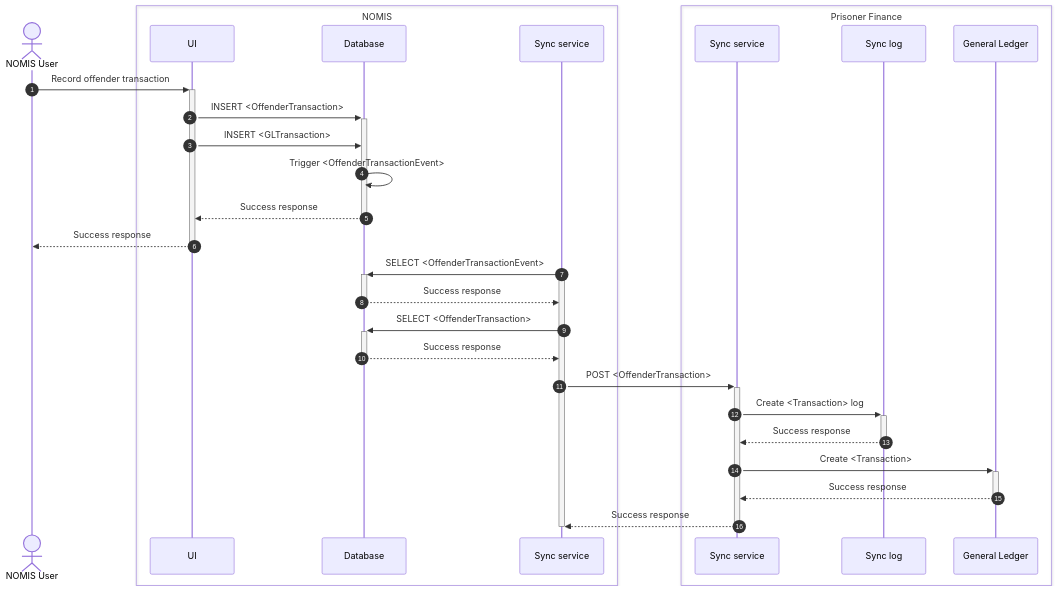
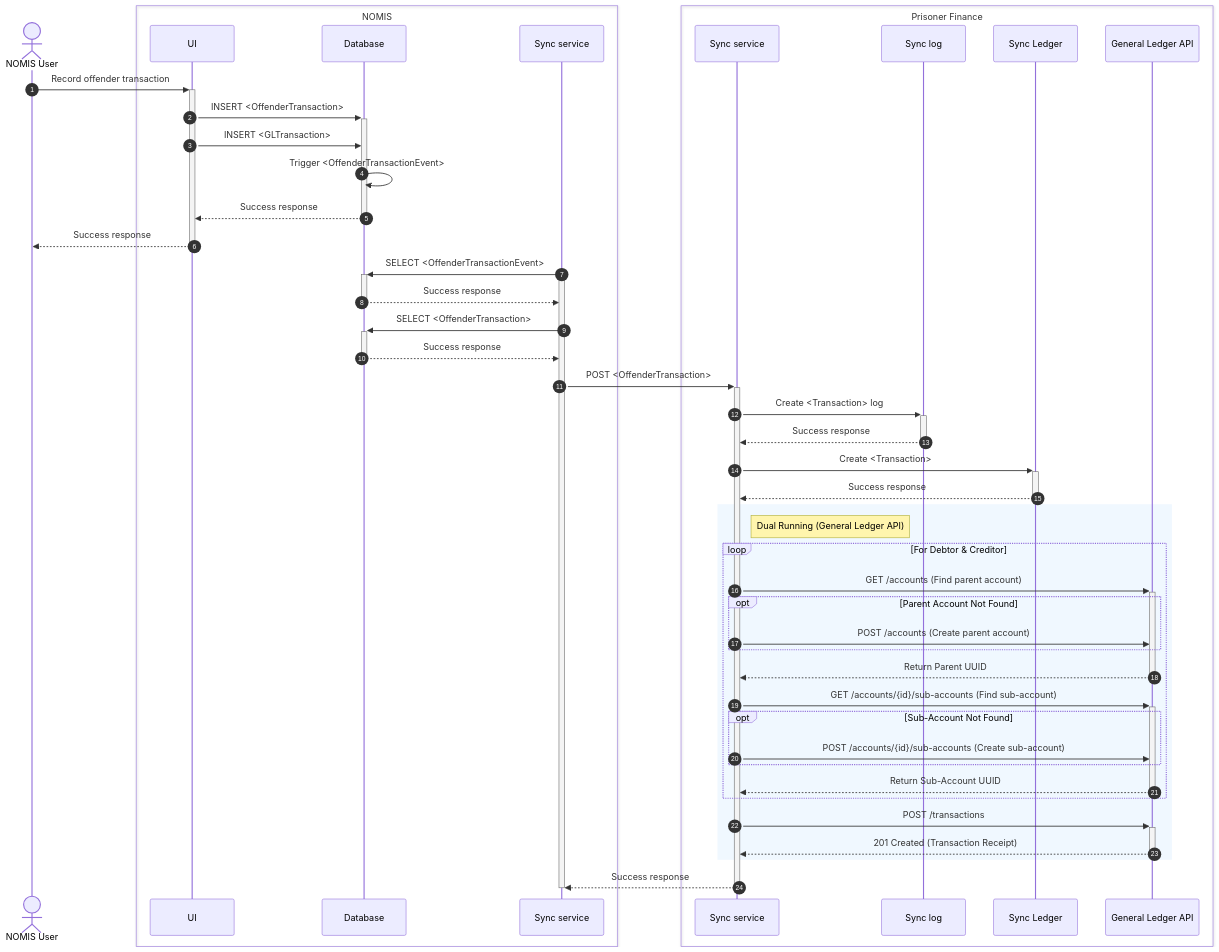
The third of 6 diagrams in docs/architecture/docs/sync-processes.md (ministryofjustice/hmpps-prisoner-finance-sync-api), drawn with Mermaid before and after one commit. The commit also changed other lines of this file and 5 other files, not shown here.

Commit message:
Support sub accounts

````diff
--- a/docs/architecture/docs/sync-processes.md
+++ b/docs/architecture/docs/sync-processes.md
@@ -94,35 +94,57 @@
 ```mermaid
 sequenceDiagram
     actor user as NOMIS User
     box NOMIS
         participant NOMIS.UI as UI
         participant NOMIS.DB as Database
         participant NOMIS.sync as Sync service
     end
     box Prisoner Finance
         participant PF.sync as Sync service
         participant PF.log as Sync log
-        participant PF.ledger as General Ledger
+        participant PF.ledger as Sync Ledger
+        participant PF.newGL as General Ledger API
     end
 
     autonumber
 
     user ->>+ NOMIS.UI: Record offender transaction
     NOMIS.UI ->>+ NOMIS.DB: INSERT <OffenderTransaction>
     NOMIS.UI ->> NOMIS.DB: INSERT <GLTransaction>
     NOMIS.DB ->> NOMIS.DB: Trigger <OffenderTransactionEvent>
     NOMIS.DB -->>- NOMIS.UI: Success response
     NOMIS.UI -->>- user: Success response
     NOMIS.sync ->>+ NOMIS.DB: SELECT <OffenderTransactionEvent>
     activate NOMIS.sync
     NOMIS.DB -->>- NOMIS.sync: Success response
     NOMIS.sync ->>+ NOMIS.DB: SELECT <OffenderTransaction>
     NOMIS.DB -->>- NOMIS.sync: Success response
     NOMIS.sync ->>+ PF.sync: POST <OffenderTransaction>
     PF.sync ->>+ PF.log: Create <Transaction> log
     PF.log -->>- PF.sync: Success response
     PF.sync ->>+ PF.ledger: Create <Transaction>
     PF.ledger -->>- PF.sync: Success response
+    rect rgb(240, 248, 255)
+        note right of PF.sync: Dual Running (General Ledger API)
+
+        loop For Debtor & Creditor
+            PF.sync ->>+ PF.newGL: GET /accounts (Find parent account)
+            opt Parent Account Not Found
+                PF.sync ->> PF.newGL: POST /accounts (Create parent account)
+            end
+            PF.newGL -->>- PF.sync: Return Parent UUID
+
+            PF.sync ->>+ PF.newGL: GET /accounts/{id}/sub-accounts (Find sub-account)
+            opt Sub-Account Not Found
+                PF.sync ->> PF.newGL: POST /accounts/{id}/sub-accounts (Create sub-account)
+            end
+            PF.newGL -->>- PF.sync: Return Sub-Account UUID
+        end
+
+        PF.sync ->>+ PF.newGL: POST /transactions
+        PF.newGL -->>- PF.sync: 201 Created (Transaction Receipt)
+    end
+
     PF.sync -->>- NOMIS.sync: Success response
     deactivate NOMIS.sync
 ```
````
